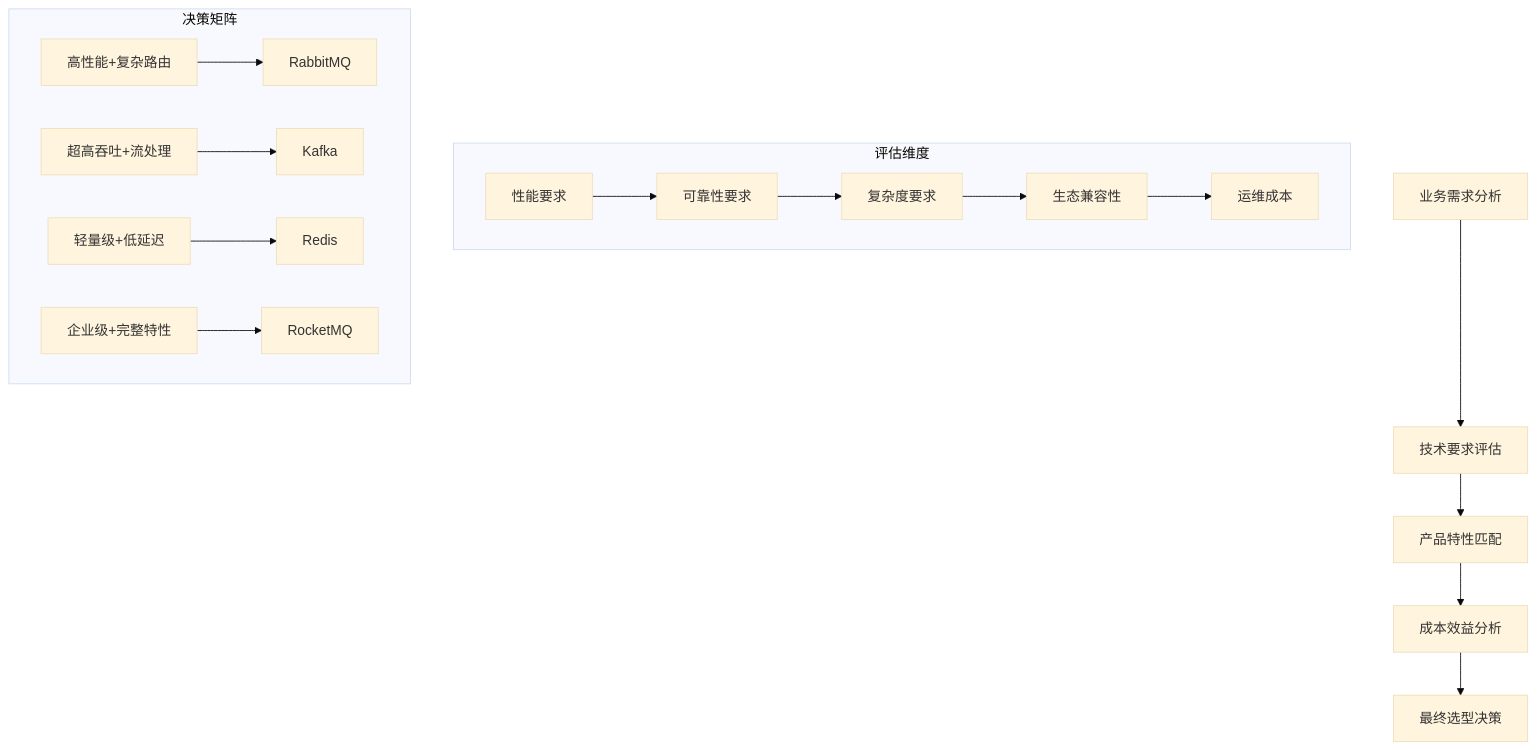
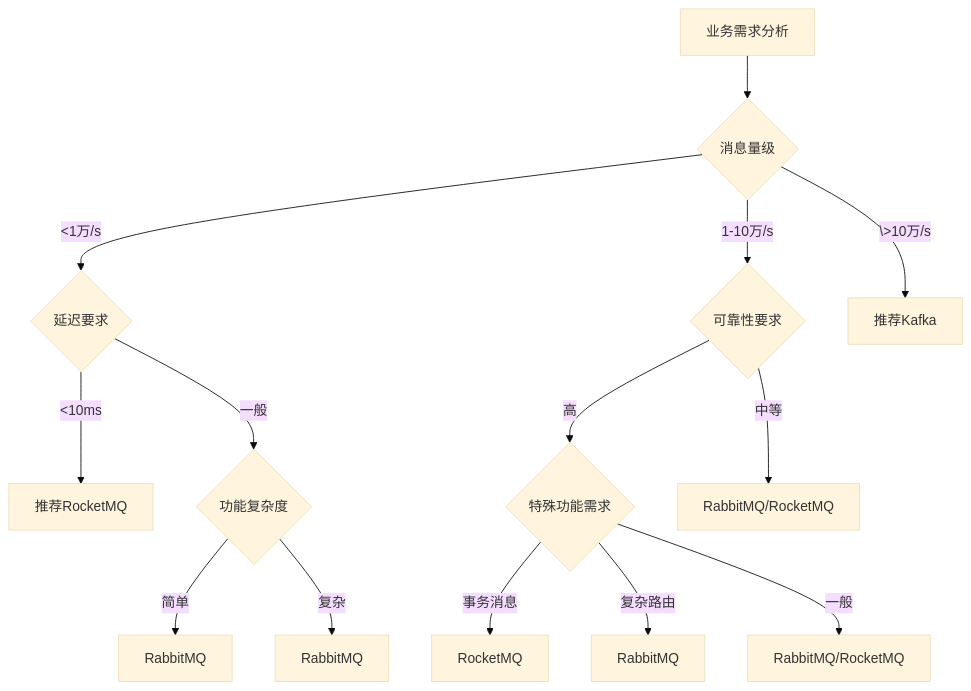
One commit to shawnfinelee/mq-mastery-guide changed the fourth of 4 diagrams in 第七章-产品选型.md. Above: the diagram before and after it, drawn with Mermaid (base theme). The commit also changed other lines of this file and 1 other file, not shown here.

````diff
--- a/第七章-产品选型.md
+++ b/第七章-产品选型.md
@@ -861,21 +222,20 @@
 ```mermaid
-graph TB
-    A[业务需求分析] --> B[技术要求评估]
-    B --> C[产品特性匹配]
-    C --> D[成本效益分析]
-    D --> E[最终选型决策]
+graph TD
+    A[业务需求分析] --> B{消息量级}
+    B -->|<1万/s| C{延迟要求}
+    B -->|1-10万/s| D{可靠性要求}
+    B -->|\>10万/s| E[推荐Kafka]
     
-    subgraph "评估维度"
-        F[性能要求] --> G[可靠性要求]
-        G --> H[复杂度要求]
-        H --> I[生态兼容性]
-        I --> J[运维成本]
-    end
+    C -->|<10ms| F[推荐RocketMQ]
+    C -->|一般| G{功能复杂度}
     
-    subgraph "决策矩阵"
-        K[高性能+复杂路由] --> L[RabbitMQ]
-        M[超高吞吐+流处理] --> N[Kafka]
-        O[轻量级+低延迟] --> P[Redis]
-        Q[企业级+完整特性] --> R[RocketMQ]
-    end
+    D -->|高| H{特殊功能需求}
+    D -->|中等| I[RabbitMQ/RocketMQ]
+    
+    G -->|简单| J[RabbitMQ]
+    G -->|复杂| K[RabbitMQ]
+    
+    H -->|事务消息| L[RocketMQ]
+    H -->|复杂路由| M[RabbitMQ]
+    H -->|一般| N[RabbitMQ/RocketMQ]
 ```
````
